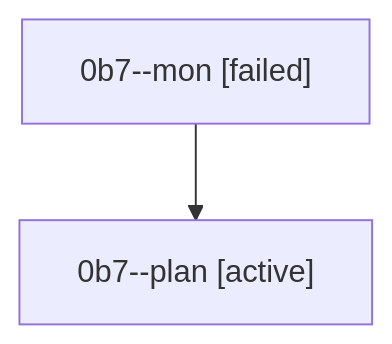
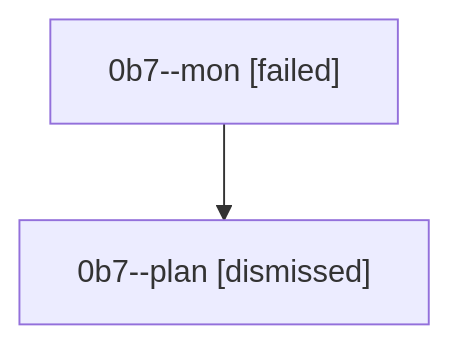
The diagram in sessions/bbugyi200.athena.0b7.md (sase-org/sase--agents), drawn with Mermaid before and after one commit. The commit also changed other lines of this file and 25 other files, not shown here.

````diff
--- a/sessions/bbugyi200.athena.0b7.md
+++ b/sessions/bbugyi200.athena.0b7.md
@@ -9,6 +9,6 @@
 ```mermaid
 flowchart TD
   n0["0b7--mon [failed]"]
-  n1["0b7--plan [active]"]
+  n1["0b7--plan [dismissed]"]
   n0 --> n1
 ```
````
